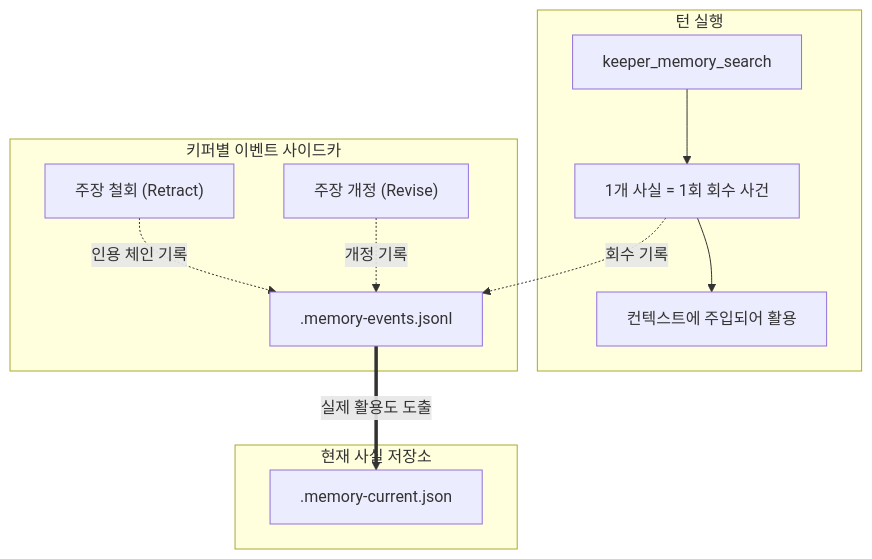
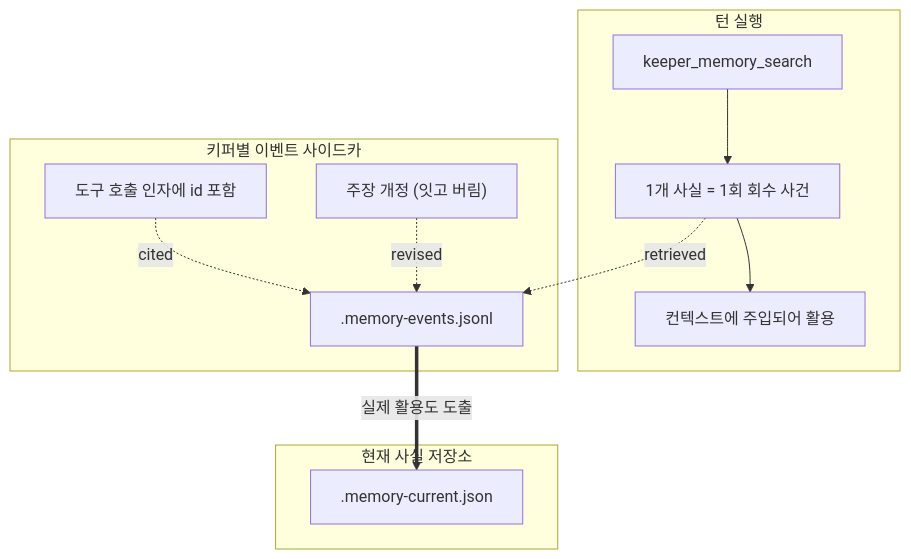
Before and after one commit to jeong-sik/masc: the diagram in docs-site/src/content/docs/ko/architecture/memory-os.md, drawn with Mermaid. The commit also changed other lines of this file and 17 other files, not shown here.

First line of the commit message:
docs(site): correct the architecture pages against the constitution and live code (#33365)

````diff
--- a/docs-site/src/content/docs/ko/architecture/memory-os.md
+++ b/docs-site/src/content/docs/ko/architecture/memory-os.md
@@ -55,17 +29,17 @@
 ```mermaid
 flowchart TD
     subgraph Execution ["턴 실행"]
         Q["keeper_memory_search"] --> RET["1개 사실 = 1회 회수 사건"]
         RET --> USE["컨텍스트에 주입되어 활용"]
     end
 
     subgraph Sidecar ["키퍼별 이벤트 사이드카"]
-        RET -.->|"회수 기록"| EV["<keeper>.memory-events.jsonl"]
-        REC["주장 철회 (Retract)"] -.->|"인용 체인 기록"| EV
-        REV["주장 개정 (Revise)"] -.->|"개정 기록"| EV
+        RET -.->|"retrieved"| EV["<keeper>.memory-events.jsonl"]
+        TOOL["도구 호출 인자에 id 포함"] -.->|"cited"| EV
+        REV["주장 개정 (잇고 버림)"] -.->|"revised"| EV
     end
 
     subgraph Facts ["현재 사실 저장소"]
         EV ==>|"실제 활용도 도출"| DB["<keeper>.memory-current.json"]
     end
 ```
````
